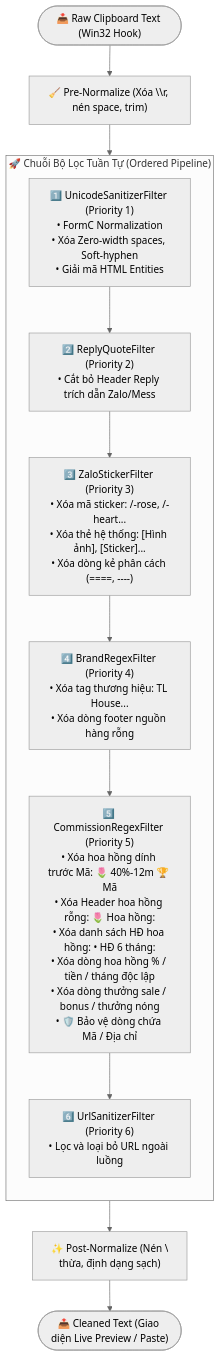
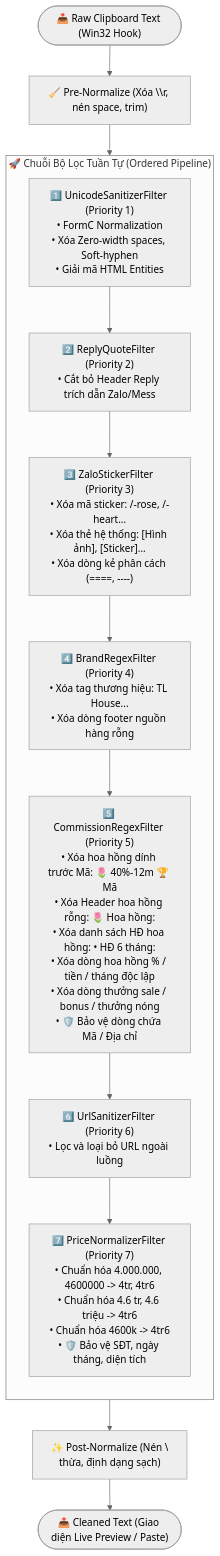
The second of 4 diagrams in app_native_desktop/app_forms/Docs/Maps/01_Message_Filter_Regex_Mindmap.md (vuthuonghai-steve/Sale_extension), drawn with Mermaid (neutral theme) before and after one commit. The commit also changed other lines of this file and 9 other files, not shown here.

First line of the commit message:
feat(message-filter): add price normalizer filter module and util

````diff
--- a/app_native_desktop/app_forms/Docs/Maps/01_Message_Filter_Regex_Mindmap.md
+++ b/app_native_desktop/app_forms/Docs/Maps/01_Message_Filter_Regex_Mindmap.md
@@ -59,24 +62,26 @@
 ```mermaid
 flowchart TD
     RawInput(["📥 Raw Clipboard Text (Win32 Hook)"]) --> PreNorm["🧹 Pre-Normalize (Xóa \\r, nén space, trim)"]
     
     subgraph PipelineExecution ["🚀 Chuỗi Bộ Lọc Tuần Tự (Ordered Pipeline)"]
         direction TB
         F1["1️⃣ UnicodeSanitizerFilter (Priority 1)<br/>• FormC Normalization<br/>• Xóa Zero-width spaces, Soft-hyphen<br/>• Giải mã HTML Entities"]
         F2["2️⃣ ReplyQuoteFilter (Priority 2)<br/>• Cắt bỏ Header Reply trích dẫn Zalo/Mess"]
         F3["3️⃣ ZaloStickerFilter (Priority 3)<br/>• Xóa mã sticker: /-rose, /-heart...<br/>• Xóa thẻ hệ thống: [Hình ảnh], [Sticker]...<br/>• Xóa dòng kẻ phân cách (====, ----)"]
         F4["4️⃣ BrandRegexFilter (Priority 4)<br/>• Xóa tag thương hiệu: TL House...<br/>• Xóa dòng footer nguồn hàng rỗng"]
         F5["5️⃣ CommissionRegexFilter (Priority 5)<br/>• Xóa hoa hồng dính trước Mã: 🌷 40%-12m 🏆 Mã<br/>• Xóa Header hoa hồng rỗng: 🌷 Hoa hồng:<br/>• Xóa danh sách HĐ hoa hồng: • HĐ 6 tháng:<br/>• Xóa dòng hoa hồng % / tiền / tháng độc lập<br/>• Xóa dòng thưởng sale / bonus / thưởng nóng<br/>• 🛡️ Bảo vệ dòng chứa Mã / Địa chỉ"]
         F6["6️⃣ UrlSanitizerFilter (Priority 6)<br/>• Lọc và loại bỏ URL ngoài luồng"]
+        F7["7️⃣ PriceNormalizerFilter (Priority 7)<br/>• Chuẩn hóa 4.000.000, 4600000 -> 4tr, 4tr6<br/>• Chuẩn hóa 4.6 tr, 4.6 triệu -> 4tr6<br/>• Chuẩn hóa 4600k -> 4tr6<br/>• 🛡️ Bảo vệ SĐT, ngày tháng, diện tích"]
         
         F1 --> F2
         F2 --> F3
         F3 --> F4
         F4 --> F5
         F5 --> F6
+        F6 --> F7
     end
     
     PreNorm --> F1
-    F6 --> PostNorm["✨ Post-Normalize (Nén \\n thừa, định dạng sạch)"]
+    F7 --> PostNorm["✨ Post-Normalize (Nén \\n thừa, định dạng sạch)"]
     PostNorm --> Output(["📤 Cleaned Text (Giao diện Live Preview / Paste)"])
 ```
````
